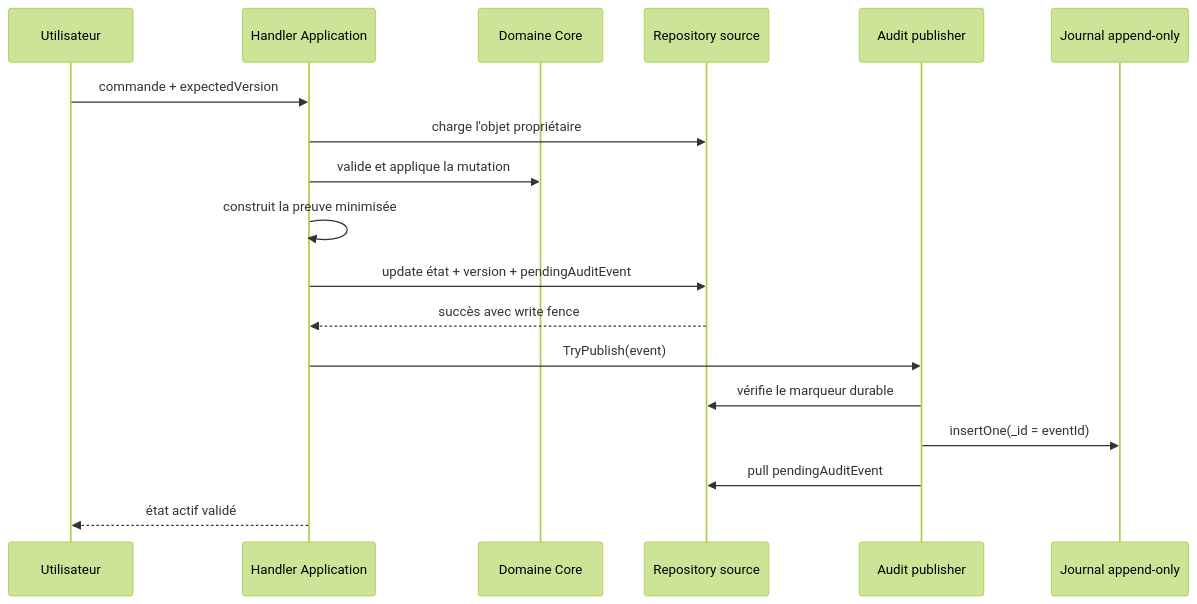
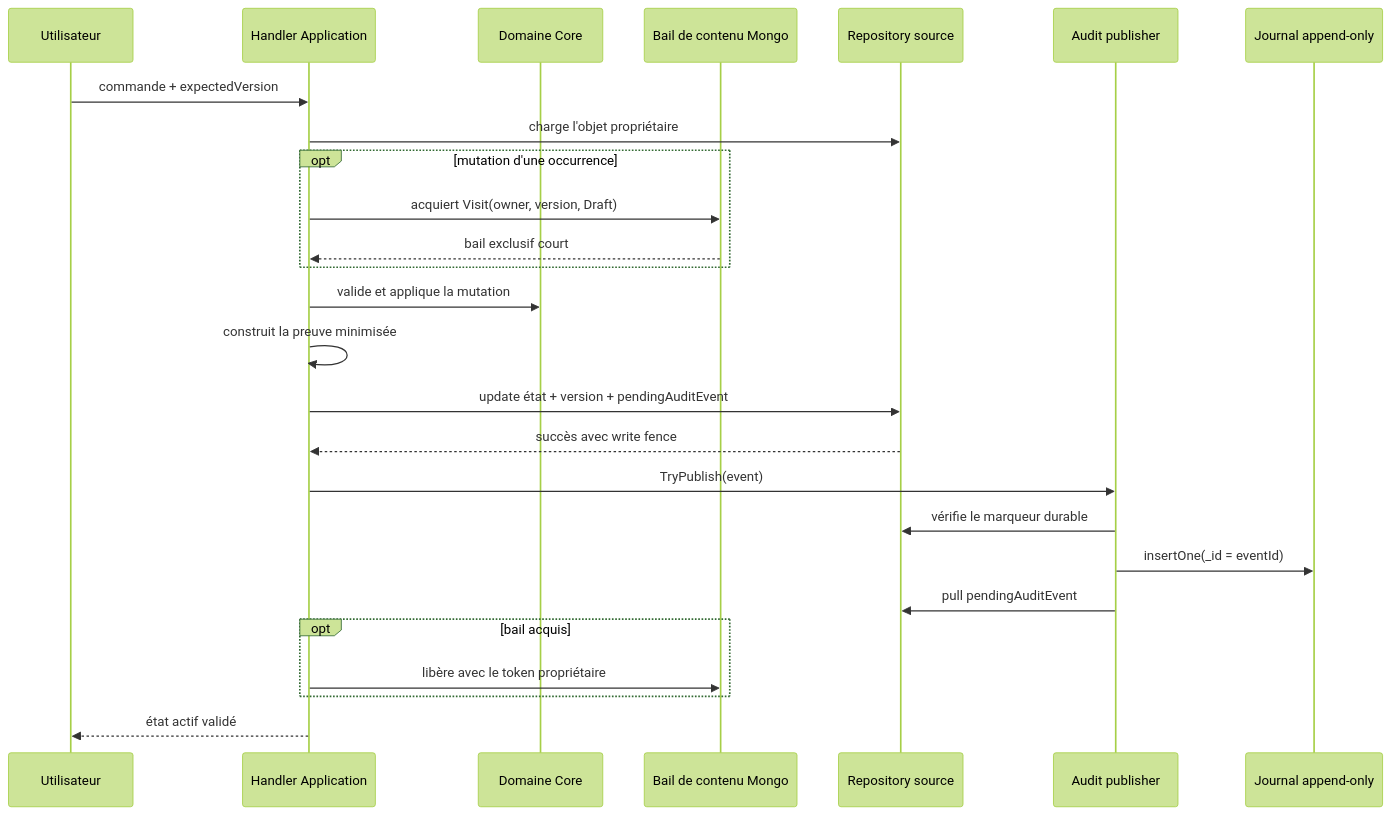
The third of 5 diagrams in docs/architecture/product-growth-pass-11-passport-audit-2026-09-03.md (Ced59/AmusementParkProject), drawn with Mermaid (forest theme) before and after one commit. The commit also changed other lines of this file and 19 other files, not shown here.

````diff
--- a/docs/architecture/product-growth-pass-11-passport-audit-2026-09-03.md
+++ b/docs/architecture/product-growth-pass-11-passport-audit-2026-09-03.md
@@ -124,21 +130,29 @@
 ```mermaid
 sequenceDiagram
     participant U as Utilisateur
     participant H as Handler Application
     participant C as Domaine Core
+    participant L as Bail de contenu Mongo
     participant S as Repository source
     participant A as Audit publisher
     participant J as Journal append-only
 
     U->>H: commande + expectedVersion
     H->>S: charge l'objet propriétaire
+    opt mutation d'une occurrence
+        H->>L: acquiert Visit(owner, version, Draft)
+        L-->>H: bail exclusif court
+    end
     H->>C: valide et applique la mutation
     H->>H: construit la preuve minimisée
     H->>S: update état + version + pendingAuditEvent
     S-->>H: succès avec write fence
     H->>A: TryPublish(event)
     A->>S: vérifie le marqueur durable
     A->>J: insertOne(_id = eventId)
     A->>S: pull pendingAuditEvent
+    opt bail acquis
+        H->>L: libère avec le token propriétaire
+    end
     H-->>U: état actif validé
 ```
````
